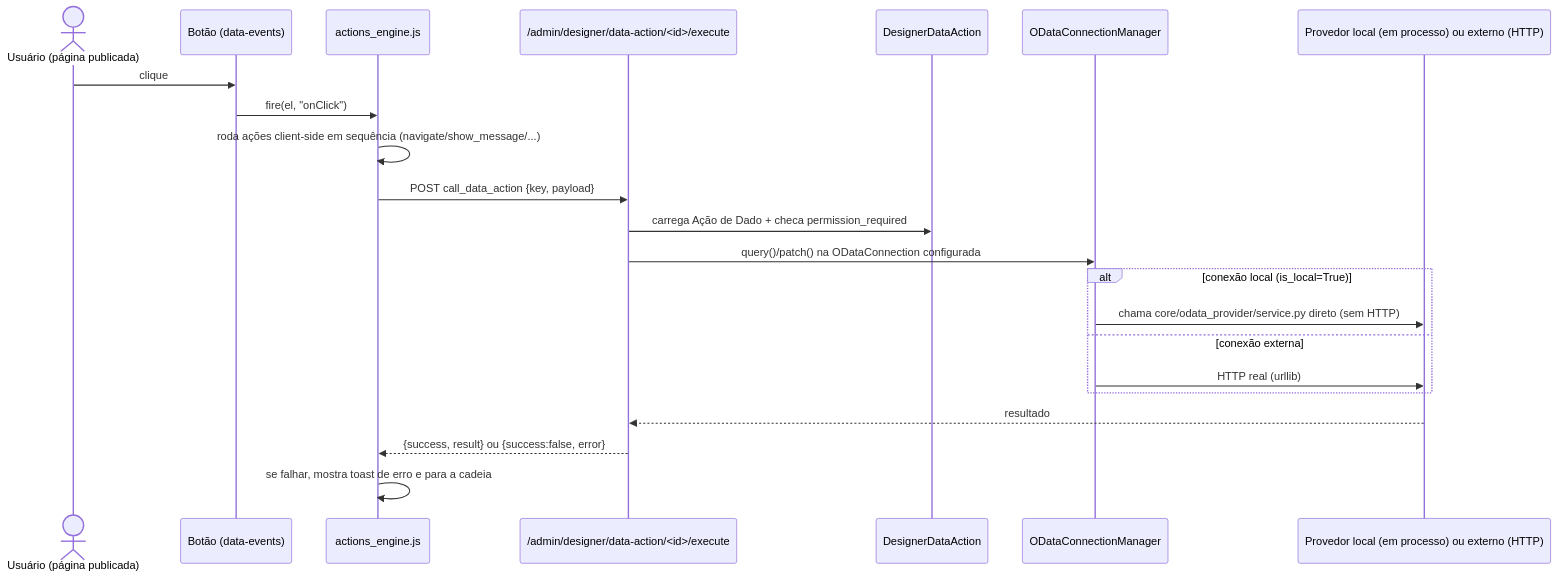
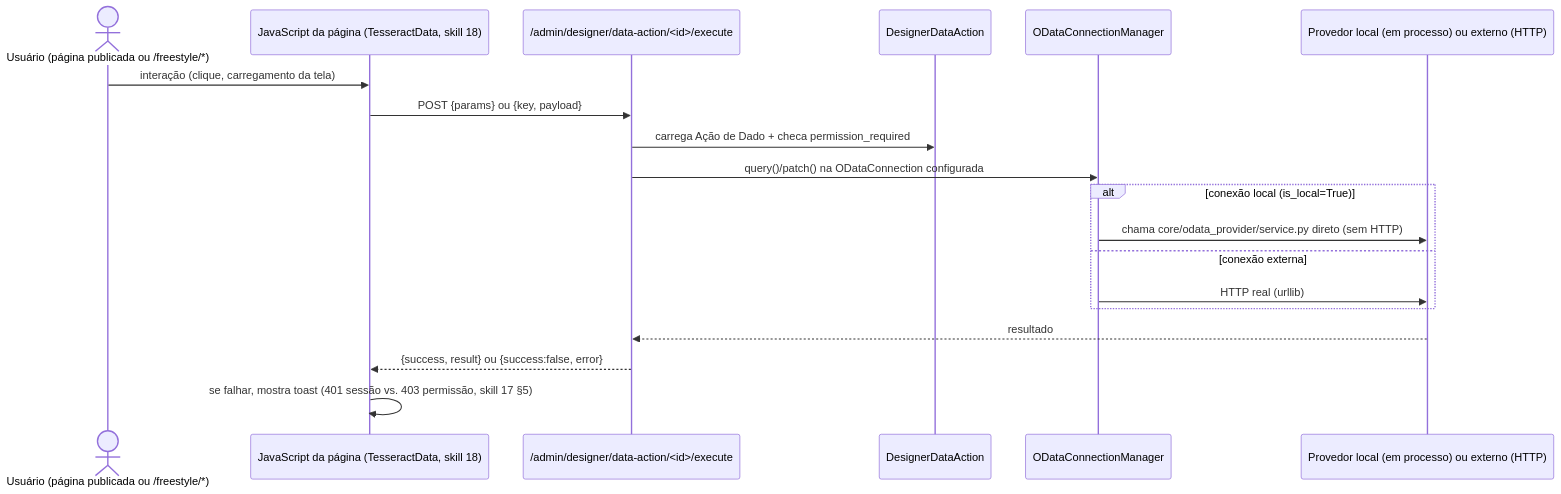
The sixth of 15 diagrams in docs/technical/03-fluxos.md (ChristopherNicolasSMM/Tesseract), drawn with Mermaid before and after one commit. The commit also changed other lines of this file and 10 other files, not shown here.

````diff
--- a/docs/technical/03-fluxos.md
+++ b/docs/technical/03-fluxos.md
@@ -117,25 +114,22 @@
 ```mermaid
 sequenceDiagram
-    actor User as Usuário (página publicada)
-    participant DOM as Botão (data-events)
-    participant Engine as actions_engine.js
+    actor User as Usuário (página publicada ou /freestyle/*)
+    participant JS as JavaScript da página (TesseractData, skill 18)
     participant Server as /admin/designer/data-action/<id>/execute
     participant DA as DesignerDataAction
     participant Mgr as ODataConnectionManager
     participant Data as Provedor local (em processo) ou externo (HTTP)
 
-    User->>DOM: clique
-    DOM->>Engine: fire(el, "onClick")
-    Engine->>Engine: roda ações client-side em sequência (navigate/show_message/...)
-    Engine->>Server: POST call_data_action {key, payload}
+    User->>JS: interação (clique, carregamento da tela)
+    JS->>Server: POST {params} ou {key, payload}
     Server->>DA: carrega Ação de Dado + checa permission_required
     Server->>Mgr: query()/patch() na ODataConnection configurada
     alt conexão local (is_local=True)
         Mgr->>Data: chama core/odata_provider/service.py direto (sem HTTP)
     else conexão externa
         Mgr->>Data: HTTP real (urllib)
     end
     Data-->>Server: resultado
-    Server-->>Engine: {success, result} ou {success:false, error}
-    Engine->>Engine: se falhar, mostra toast de erro e para a cadeia
+    Server-->>JS: {success, result} ou {success:false, error}
+    JS->>JS: se falhar, mostra toast (401 sessão vs. 403 permissão, skill 17 §5)
 ```
````
